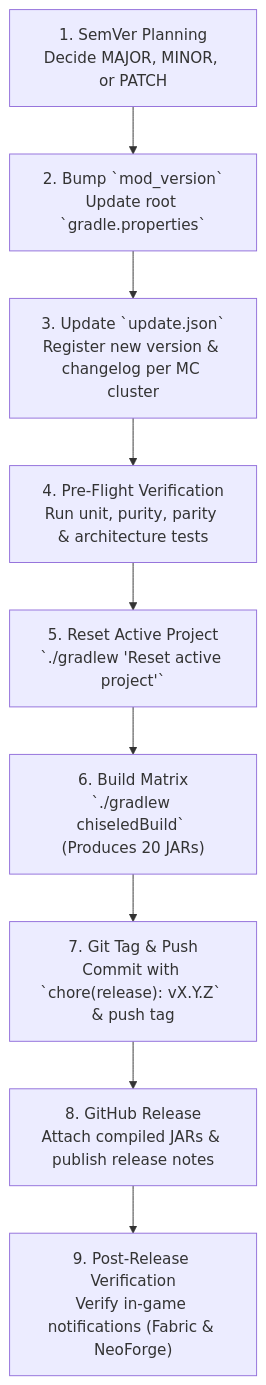
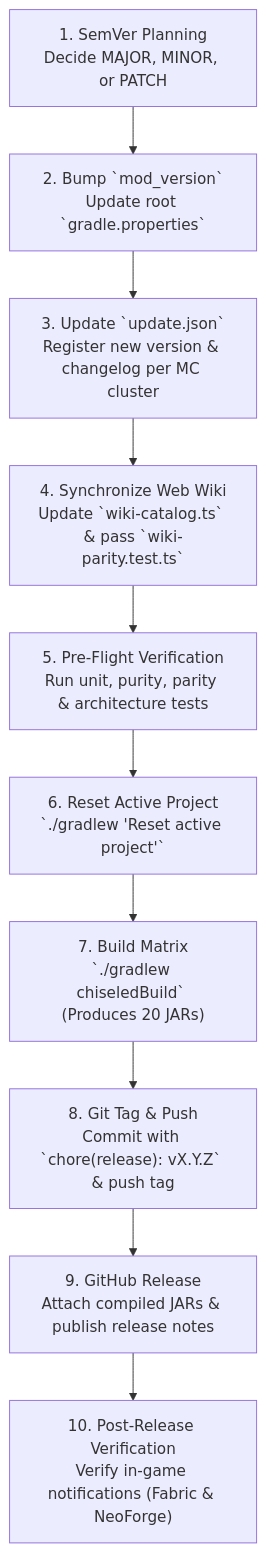
One commit to MARS42/afkraft-companion-mod changed the diagram in RELEASING.md. Above: the diagram before and after it, drawn with Mermaid. The commit also changed other lines of this file, not shown here.

Commit message:
docs(release): add wiki sync requirement

````diff
--- a/RELEASING.md
+++ b/RELEASING.md
@@ -11,11 +11,12 @@
 ```mermaid
 flowchart TD
     A["1. SemVer Planning<br/>Decide MAJOR, MINOR, or PATCH"] --> B["2. Bump `mod_version`<br/>Update root `gradle.properties`"]
     B --> C["3. Update `update.json`<br/>Register new version & changelog per MC cluster"]
-    C --> D["4. Pre-Flight Verification<br/>Run unit, purity, parity & architecture tests"]
-    D --> E["5. Reset Active Project<br/>`./gradlew 'Reset active project'`"]
-    E --> F["6. Build Matrix<br/>`./gradlew chiseledBuild` (Produces 20 JARs)"]
-    F --> G["7. Git Tag & Push<br/>Commit with `chore(release): vX.Y.Z` & push tag"]
-    G --> H["8. GitHub Release<br/>Attach compiled JARs & publish release notes"]
-    H --> I["9. Post-Release Verification<br/>Verify in-game notifications (Fabric & NeoForge)"]
+    C --> W["4. Synchronize Web Wiki<br/>Update `wiki-catalog.ts` & pass `wiki-parity.test.ts`"]
+    W --> D["5. Pre-Flight Verification<br/>Run unit, purity, parity & architecture tests"]
+    D --> E["6. Reset Active Project<br/>`./gradlew 'Reset active project'`"]
+    E --> F["7. Build Matrix<br/>`./gradlew chiseledBuild` (Produces 20 JARs)"]
+    F --> G["8. Git Tag & Push<br/>Commit with `chore(release): vX.Y.Z` & push tag"]
+    G --> H["9. GitHub Release<br/>Attach compiled JARs & publish release notes"]
+    H --> I["10. Post-Release Verification<br/>Verify in-game notifications (Fabric & NeoForge)"]
 ```
````
